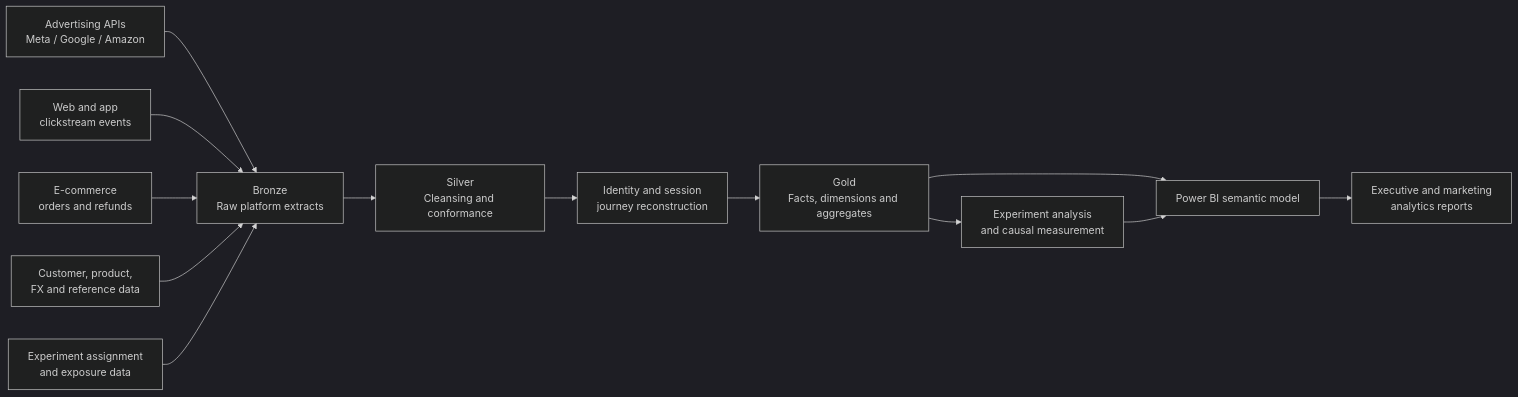
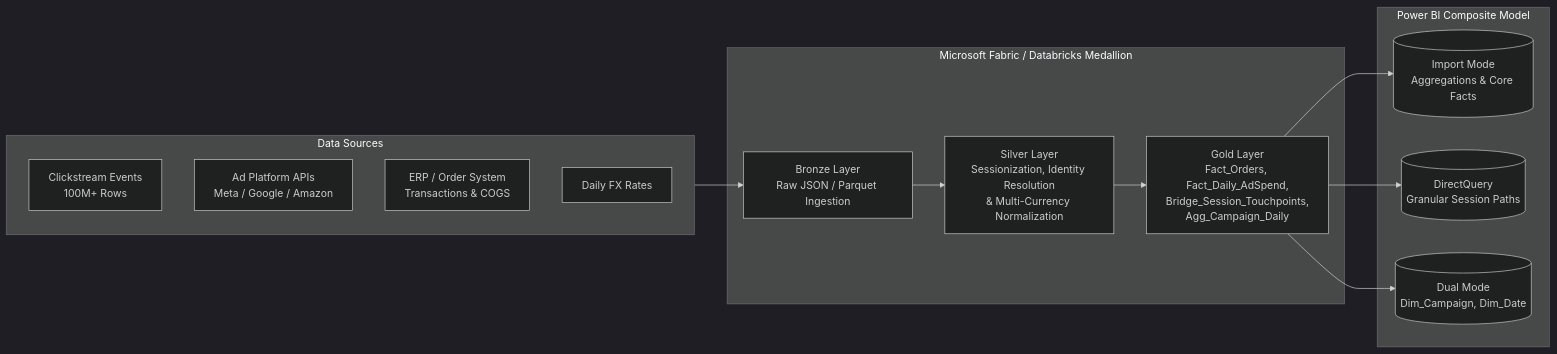
The diagram in README.md (ShakeelMohd/MTA-iROAS-Optimizer), drawn with Mermaid (dark theme) before and after one commit. The commit also changed other lines of this file, not shown here.

Commit message:
changes for detailed Architecture of project

````diff
--- a/README.md
+++ b/README.md
@@ -238,17 +28,26 @@
-``` mermaid
+```mermaid
 flowchart LR
-    A["Advertising APIs<br/>Meta / Google / Amazon"] --> B["Bronze<br/>Raw platform extracts"]
-    C["Web and app<br/>clickstream events"] --> B
-    D["E-commerce<br/>orders and refunds"] --> B
-    E["Customer, product,<br/>FX and reference data"] --> B
-    F["Experiment assignment<br/>and exposure data"] --> B
+    subgraph Sources["Data Sources"]
+        A1[Clickstream Events<br/>100M+ Rows]
+        A2[Ad Platform APIs<br/>Meta / Google / Amazon]
+        A3[ERP / Order System<br/>Transactions & COGS]
+        A4[Daily FX Rates]
+    end
 
-    B --> G["Silver<br/>Cleansing and conformance"]
-    G --> H["Identity and session<br/>journey reconstruction"]
-    H --> I["Gold<br/>Facts, dimensions and aggregates"]
-    I --> J["Power BI semantic model"]
-    J --> K["Executive and marketing<br/>analytics reports"]
+    subgraph Lakehouse["Microsoft Fabric / Databricks Medallion"]
+        B[Bronze Layer<br/>Raw JSON / Parquet Ingestion]
+        S[Silver Layer<br/>Sessionization, Identity Resolution<br/>& Multi-Currency Normalization]
+        G[Gold Layer<br/>Fact_Orders, Fact_Daily_AdSpend,<br/>Bridge_Session_Touchpoints,<br/>Agg_Campaign_Daily]
+    end
 
-    I --> L["Experiment analysis<br/>and causal measurement"]
-    L --> J
+    subgraph PBI["Power BI Composite Model"]
+        IMP[(Import Mode<br/>Aggregations & Core Facts)]
+        DQ[(DirectQuery<br/>Granular Session Paths)]
+        DUAL[(Dual Mode<br/>Dim_Campaign, Dim_Date)]
+    end
+
+    Sources --> B --> S --> G
+    G --> IMP
+    G --> DQ
+    G --> DUAL
 ```
````
